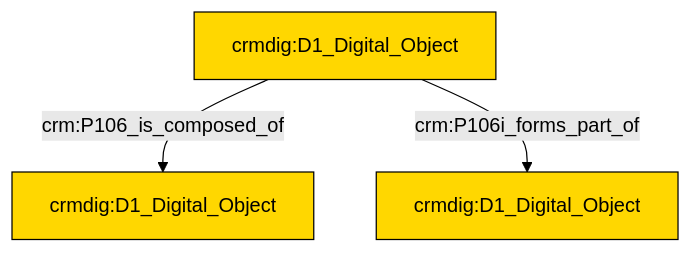
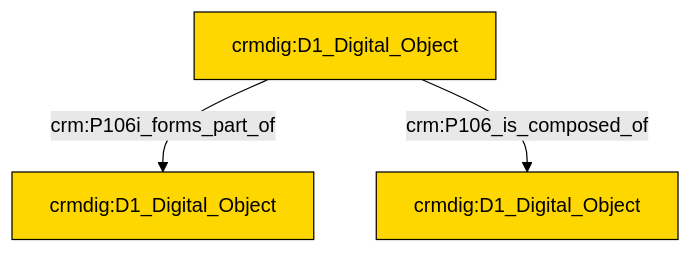
The diagram in et/doCSV/ttl/mmd/do_parthood.ttl.mmd (swiss-art-research-net/docs.swissartresearch), drawn with Mermaid (forest theme) before and after one commit. The commit also changed 179 other files, not shown here.

```diff
--- a/et/doCSV/ttl/mmd/do_parthood.ttl.mmd
+++ b/et/doCSV/ttl/mmd/do_parthood.ttl.mmd
@@ -1,17 +1,17 @@
 graph TD
 classDef Literal fill:#f2f2f2,stroke:#000000;
 classDef CRM_Entity fill:#FFFFFF,stroke:#000000;
 classDef Temporal_Entity fill:#00C9E6, stroke:#000000;
 classDef Type fill:#E18312, stroke:#000000;
 classDef Time-Span fill:#2C9C91, stroke:#000000;
 classDef Appellation fill:#FFEB7F, stroke:#000000;
 classDef Place fill:#008836, stroke:#000000;
 classDef Persistent_Item fill:#B266B2, stroke:#000000;
 classDef Conceptual_Object fill:#FFD700, stroke:#000000;
 classDef Physical_Thing fill:#D2B48C, stroke:#000000;
 classDef Actor fill:#f58aad, stroke:#000000;
 classDef PC_Classes fill:#4ce600, stroke:#000000;
 classDef Multi fill:#cccccc,stroke:#000000;
 
-2["crmdig:D1_Digital_Object"]:::Conceptual_Object -->|crm:P106_is_composed_of| 0["crmdig:D1_Digital_Object"]:::Conceptual_Object
-2["crmdig:D1_Digital_Object"]:::Conceptual_Object -->|crm:P106i_forms_part_of| 4["crmdig:D1_Digital_Object"]:::Conceptual_Object
+0["crmdig:D1_Digital_Object"]:::Conceptual_Object -->|crm:P106i_forms_part_of| 2["crmdig:D1_Digital_Object"]:::Conceptual_Object
+0["crmdig:D1_Digital_Object"]:::Conceptual_Object -->|crm:P106_is_composed_of| 4["crmdig:D1_Digital_Object"]:::Conceptual_Object
```
